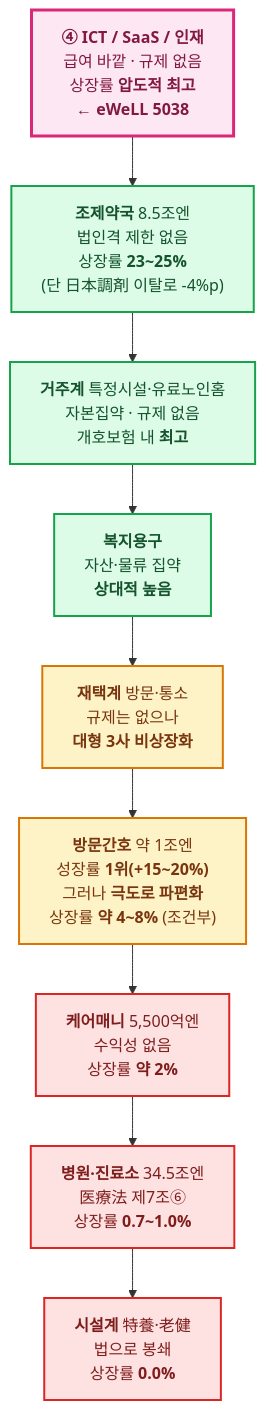
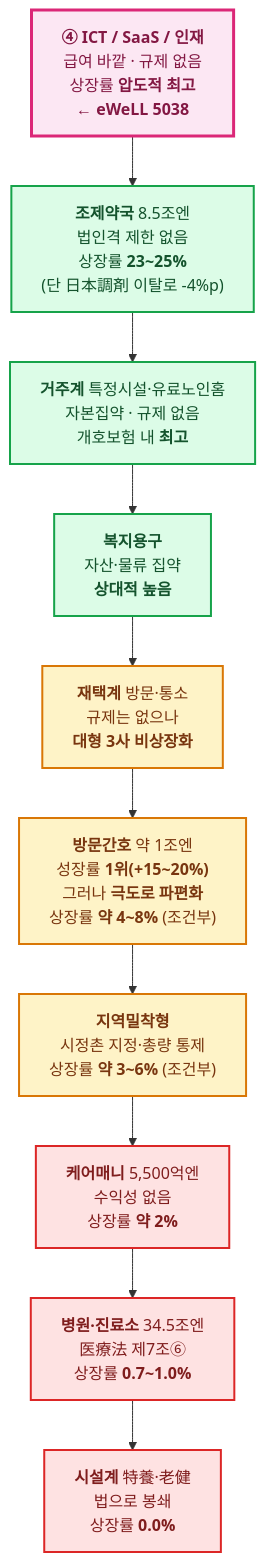
The diagram in content/eWeLL_조사/4_계층별_상장률과_성장률.md (corn-cheese/personal_research), drawn with Mermaid before and after one commit. The commit also changed other lines of this file and 2 other files, not shown here.

First line of the commit message:
fix: 감사 반영 — 방문간호 상장률 자체모순 수정, ニチイ 행선지 확정, 케어매니 상향 보정

````diff
--- a/content/eWeLL_조사/4_계층별_상장률과_성장률.md
+++ b/content/eWeLL_조사/4_계층별_상장률과_성장률.md
@@ -178,23 +201,24 @@
 ```mermaid
 flowchart TD
     T["<b>④ ICT / SaaS / 인재</b><br/>급여 바깥 · 규제 없음<br/>상장률 <b>압도적 최고</b><br/>← <b>eWeLL 5038</b>"]
     P["<b>조제약국</b> 8.5조엔<br/>법인격 제한 없음<br/>상장률 <b>23~25%</b><br/>(단 日本調剤 이탈로 -4%p)"]
     R["<b>거주계</b> 특정시설·유료노인홈<br/>자본집약 · 규제 없음<br/>개호보험 내 <b>최고</b>"]
     G["<b>복지용구</b><br/>자산·물류 집약<br/><b>상대적 높음</b>"]
     H["<b>재택계</b> 방문·통소<br/>규제는 없으나<br/><b>대형 3사 비상장화</b>"]
     HK["<b>방문간호</b> 약 1조엔<br/>성장률 <b>1위(+15~20%)</b><br/>그러나 <b>극도로 파편화</b><br/>상장률 <b>약 4~8%</b> (조건부)"]
+    CH["<b>지역밀착형</b><br/>시정촌 지정·총량 통제<br/>상장률 <b>약 3~6%</b> (조건부)"]
     C["<b>케어매니</b> 5,500억엔<br/>수익성 없음<br/>상장률 <b>약 2%</b>"]
     HOS["<b>병원·진료소</b> 34.5조엔<br/>医療法 제7조⑥<br/>상장률 <b>0.7~1.0%</b>"]
     F["<b>시설계</b> 特養·老健<br/>법으로 봉쇄<br/>상장률 <b>0.0%</b>"]
 
-    T --> P --> R --> G --> H --> HK --> C --> HOS --> F
+    T --> P --> R --> G --> H --> HK --> CH --> C --> HOS --> F
 
     classDef top fill:#fce7f3,stroke:#db2777,stroke-width:3px,color:#831843
     classDef high fill:#dcfce7,stroke:#16a34a,stroke-width:2px,color:#14532d
     classDef mid fill:#fef3c7,stroke:#d97706,stroke-width:2px,color:#78350f
     classDef low fill:#fee2e2,stroke:#dc2626,stroke-width:2px,color:#7f1d1d
     class T top
     class P,R,G high
-    class H,HK mid
+    class H,HK,CH mid
     class C,HOS,F low
 ```
````
